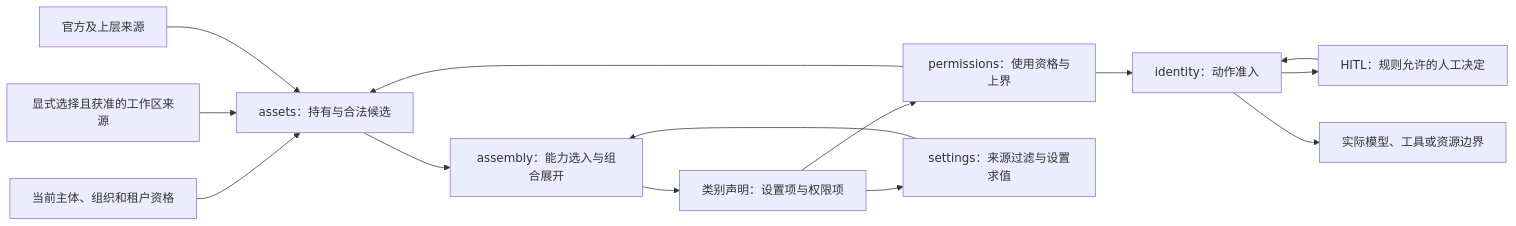
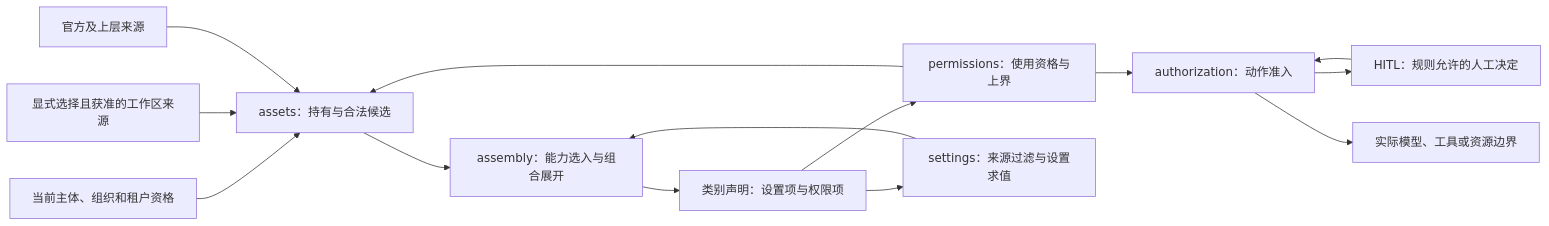
Before and after one commit to nemori-ai/omne-harness-lite: the diagram in docs/domains/assets-and-rules/architecture.md, drawn with Mermaid. The commit also changed 6 other files, not shown here.

````diff
--- a/docs/domains/assets-and-rules/architecture.md
+++ b/docs/domains/assets-and-rules/architecture.md
@@ -7,16 +7,16 @@
 ```mermaid
 flowchart LR
   I[当前主体、组织和租户资格] --> A[assets：持有与合法候选]
   W[显式选择且获准的工作区来源] --> A
   O[官方及上层来源] --> A
   P[permissions：使用资格与上界] --> A
   A --> C[assembly：能力选入与组合展开]
   C --> D[类别声明：设置项与权限项]
   D --> S[settings：来源过滤与设置求值]
   D --> P
   S --> C
-  P --> G[identity：动作准入]
+  P --> G[authorization：动作准入]
   G --> H[HITL：规则允许的人工决定]
   H --> G
   G --> E[实际模型、工具或资源边界]
 ```
````
